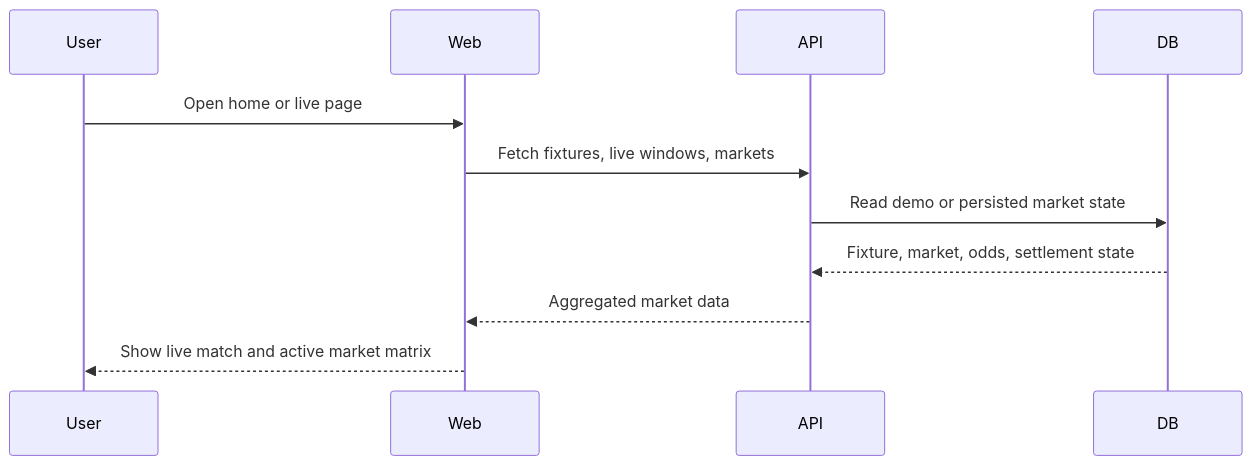
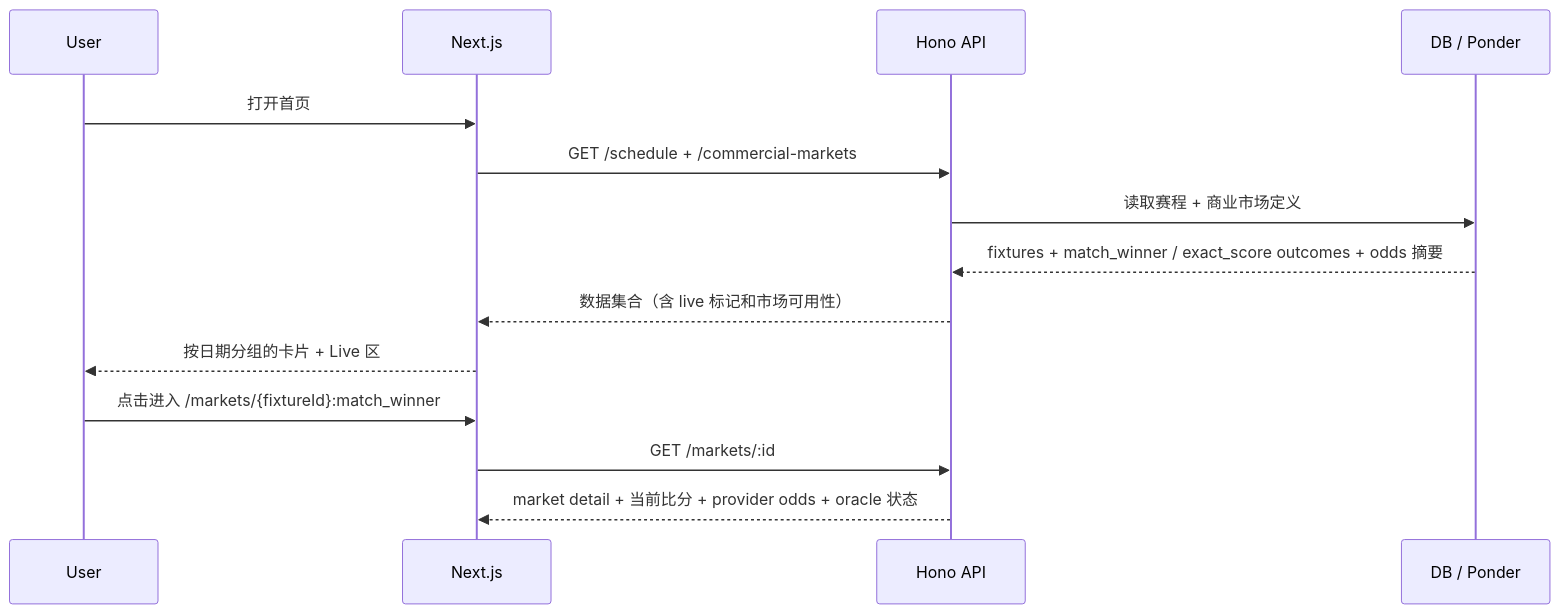
Before and after one commit to web3-dev-axin/football: the second of 5 diagrams in README.md, drawn with Mermaid. The commit also changed other lines of this file and 192 other files, not shown here.

````diff
--- a/README.md
+++ b/README.md
@@ -39,14 +48,17 @@
 ```mermaid
 sequenceDiagram
   participant User
-  participant Web
-  participant API
-  participant DB
+  participant Web as Next.js
+  participant API as Hono API
+  participant DB as DB / Ponder
 
-  User->>Web: Open home or live page
-  Web->>API: Fetch fixtures, live windows, markets
-  API->>DB: Read demo or persisted market state
-  DB-->>API: Fixture, market, odds, settlement state
-  API-->>Web: Aggregated market data
-  Web-->>User: Show live match and active market matrix
+  User->>Web: 打开首页
+  Web->>API: GET /schedule + /commercial-markets
+  API->>DB: 读取赛程 + 商业市场定义
+  DB-->>API: fixtures + match_winner / exact_score outcomes + odds 摘要
+  API-->>Web: 数据集合（含 live 标记和市场可用性）
+  Web-->>User: 按日期分组的卡片 + Live 区
+  User->>Web: 点击进入 /markets/{fixtureId}:match_winner
+  Web->>API: GET /markets/:id
+  API-->>Web: market detail + 当前比分 + provider odds + oracle 状态
 ```
````
